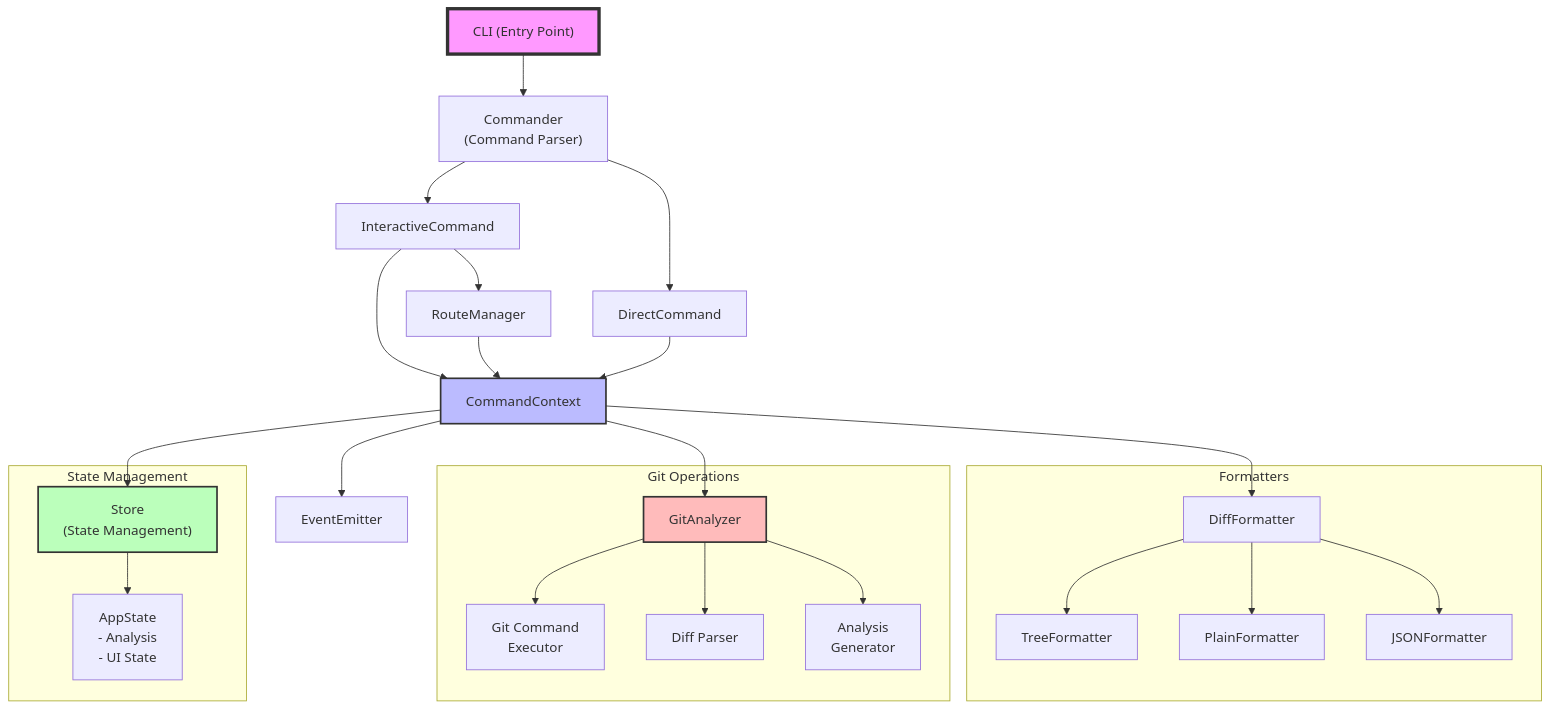
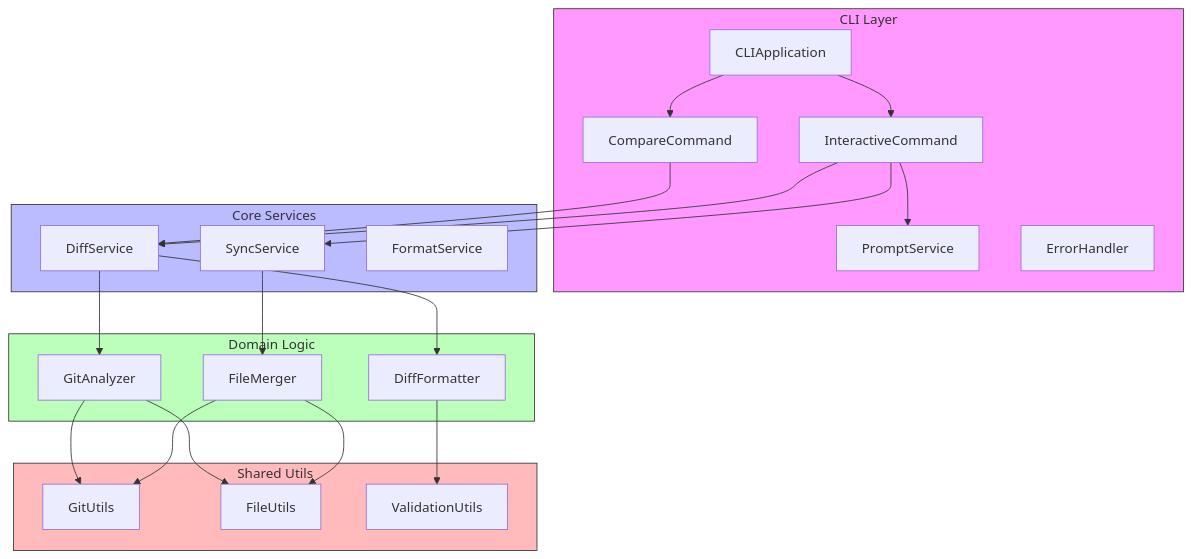
Before and after one commit to paycrux/diff-tree: the diagram in README.md, drawn with Mermaid. The commit also changed other lines of this file, not shown here.

Commit message:
docs: Update README for architecture overview

````diff
--- a/README.md
+++ b/README.md
@@ -135,55 +114,45 @@
 ```mermaid
-graph TB
-    CLI["CLI (Entry Point)"]
-    CMD["Commander
-    (Command Parser)"]
-    IC["InteractiveCommand"]
-    DC["DirectCommand"]
-    CTX["CommandContext"]
-    STORE["Store
-    (State Management)"]
-    EMIT["EventEmitter"]
-    ROUTE["RouteManager"]
-    GIT["GitAnalyzer"]
-    FORM["DiffFormatter"]
-
-    CLI --> CMD
-    CMD --> IC
-    CMD --> DC
-
-    IC --> CTX
-    DC --> CTX
-
-    CTX --> STORE
-    CTX --> EMIT
-    CTX --> GIT
-    CTX --> FORM
-
-    IC --> ROUTE
-    ROUTE --> CTX
-
-    subgraph Formatters
-        FORM --> TREE["TreeFormatter"]
-        FORM --> PLAIN["PlainFormatter"]
-        FORM --> JSON["JSONFormatter"]
+flowchart TB
+    subgraph CLILayer["CLI Layer"]
+        cli[CLIApplication]
+        compare[CompareCommand]
+        interactive[InteractiveCommand]
+        prompts[PromptService]
+        error[ErrorHandler]
     end
 
-    subgraph State Management
-        STORE --> STATE["AppState
-        - Analysis
-        - UI State"]
+    subgraph CoreServices["Core Services"]
+        diffService[DiffService]
+        syncService[SyncService]
+        formatService[FormatService]
     end
 
-    subgraph Git Operations
-        GIT --> EXEC["Git Command
-        Executor"]
-        GIT --> PARSE["Diff Parser"]
-        GIT --> ANAL["Analysis
-        Generator"]
+    subgraph DomainLogic["Domain Logic"]
+        analyzer[GitAnalyzer]
+        merger[FileMerger]
+        formatter[DiffFormatter]
     end
 
-    style CLI fill:#f9f,stroke:#333,stroke-width:4px
-    style CTX fill:#bbf,stroke:#333,stroke-width:2px
-    style STORE fill:#bfb,stroke:#333,stroke-width:2px
-    style GIT fill:#fbb,stroke:#333,stroke-width:2px
+    subgraph SharedUtils["Shared Utils"]
+        gitUtils[GitUtils]
+        fileUtils[FileUtils]
+        validationUtils[ValidationUtils]
+    end
+
+    cli --> compare & interactive
+    interactive --> prompts
+    compare & interactive --> diffService
+    interactive --> syncService
+
+    diffService --> analyzer & formatter
+    syncService --> merger
+
+    analyzer & merger --> gitUtils
+    analyzer & merger --> fileUtils
+    formatter --> validationUtils
+
+    style CLILayer fill:#f9f,stroke:#333
+    style CoreServices fill:#bbf,stroke:#333
+    style DomainLogic fill:#bfb,stroke:#333
+    style SharedUtils fill:#fbb,stroke:#333
 ```
````
